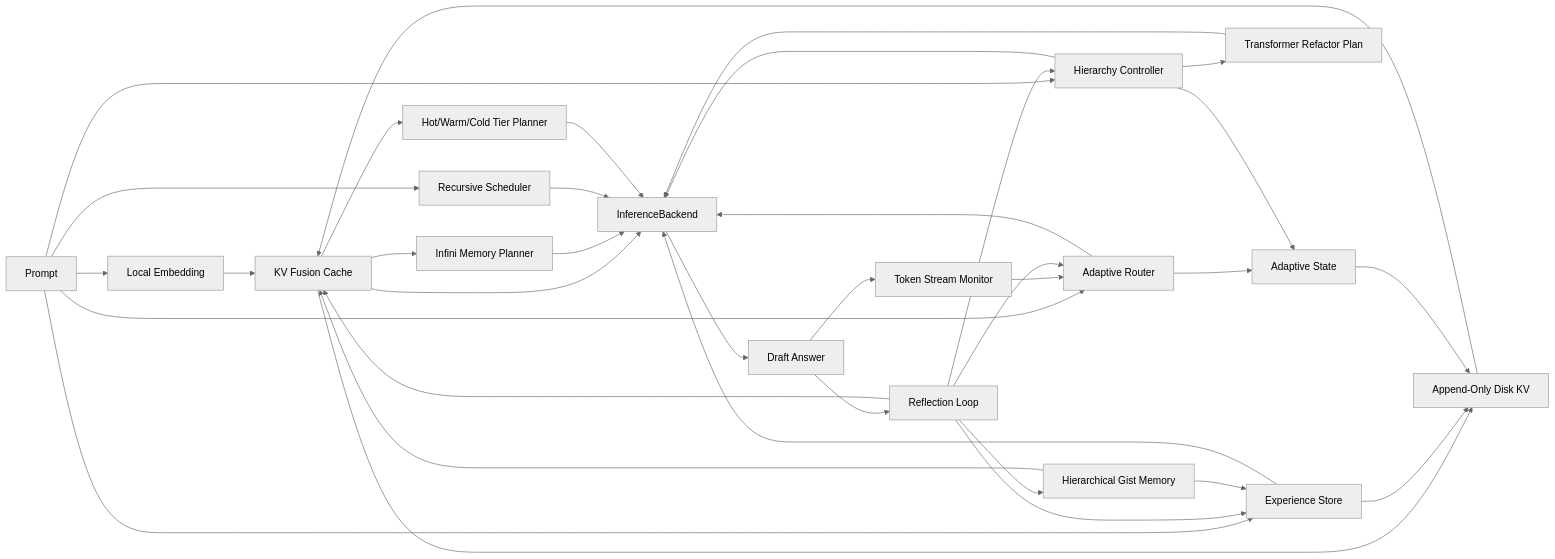
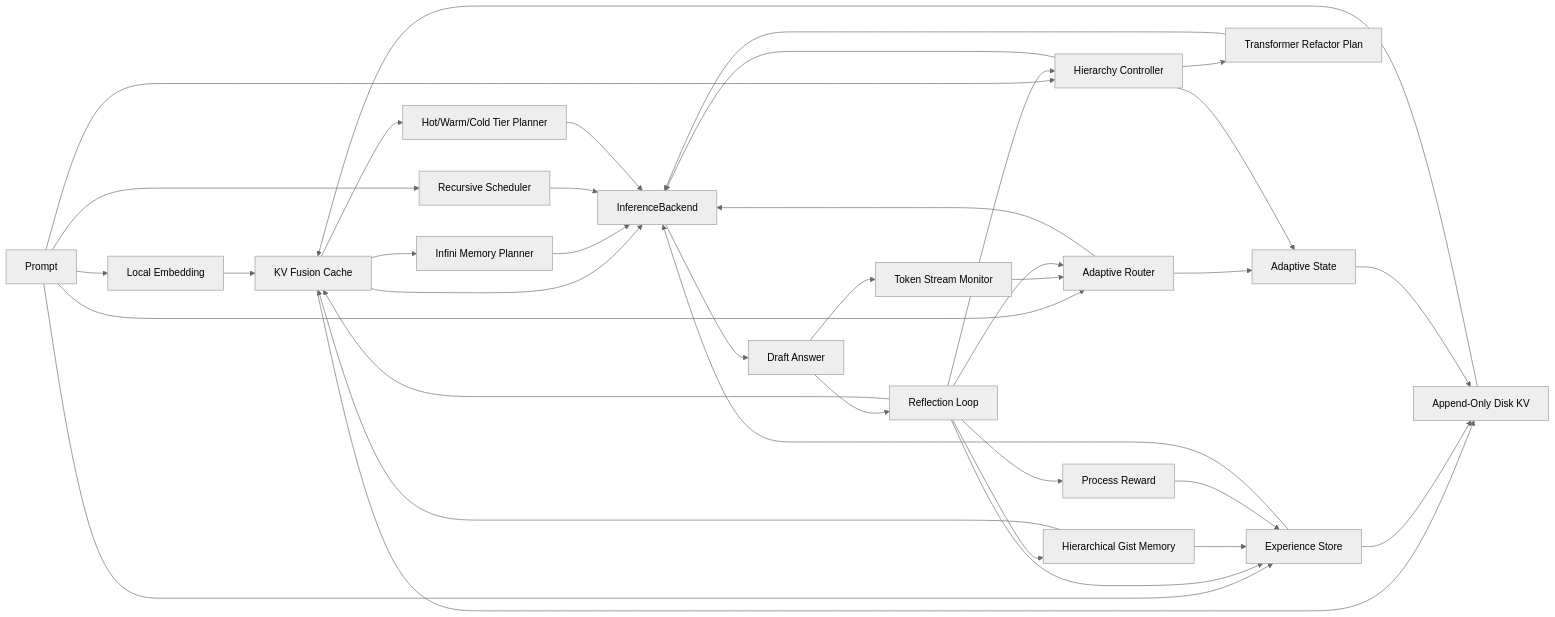
One commit to yanghao1143/rust-norion changed the diagram in README.md. Above: the diagram before and after it, drawn with Mermaid (neutral theme). The commit also changed other lines of this file and 7 other files, not shown here.

Commit message:
Add process reward scoring

````diff
--- a/README.md
+++ b/README.md
@@ -199,37 +200,39 @@
 ```mermaid
 flowchart LR
     Prompt[Prompt] --> Embed[Local Embedding]
     Embed --> Memory[KV Fusion Cache]
     Memory --> Infini[Infini Memory Planner]
     Memory --> DiskKV[Append-Only Disk KV]
     Memory --> Tiers[Hot/Warm/Cold Tier Planner]
     Prompt --> Router[Adaptive Router]
     Prompt --> Hierarchy[Hierarchy Controller]
     Prompt --> Recursive[Recursive Scheduler]
     Prompt --> Experience[Experience Store]
     Hierarchy --> Transformer[Transformer Refactor Plan]
     Memory --> Backend[InferenceBackend]
     Infini --> Backend
     Recursive --> Backend
     DiskKV --> Memory
     Tiers --> Backend
     Experience --> Backend
     Transformer --> Backend
     Router --> Backend
     Hierarchy --> Backend
     Backend --> Draft[Draft Answer]
     Draft --> Stream[Token Stream Monitor]
     Draft --> Reflect[Reflection Loop]
     Reflect --> Gist[Hierarchical Gist Memory]
+    Reflect --> Reward[Process Reward]
     Stream --> Router
     Reflect --> Experience[Experience Store]
     Reflect --> Memory
     Gist --> Experience
     Gist --> Memory
+    Reward --> Experience
     Experience --> DiskKV
     Reflect --> Router
     Reflect --> Hierarchy
     Router --> Adaptive[Adaptive State]
     Hierarchy --> Adaptive
     Adaptive --> DiskKV
 ```
````
